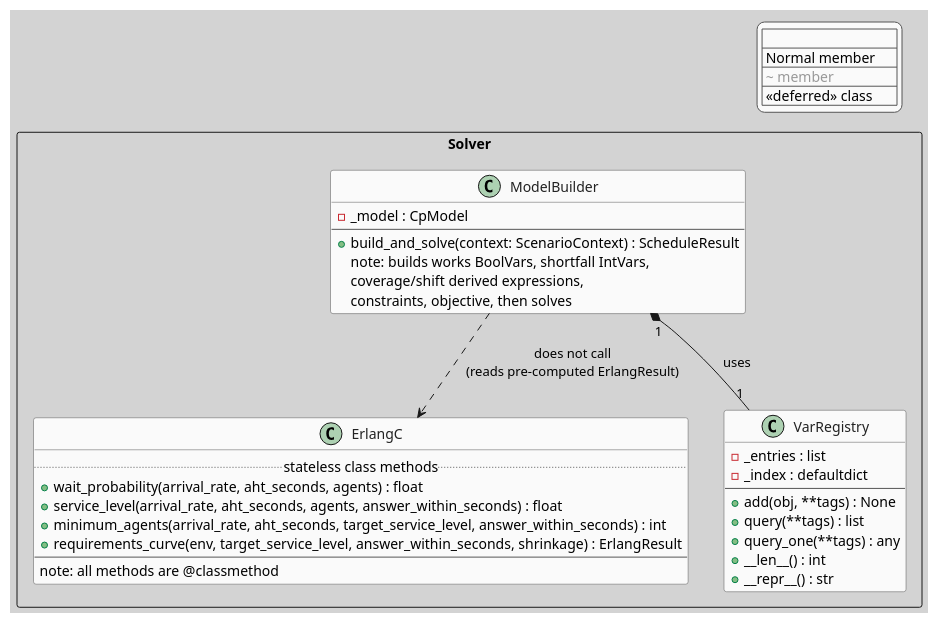
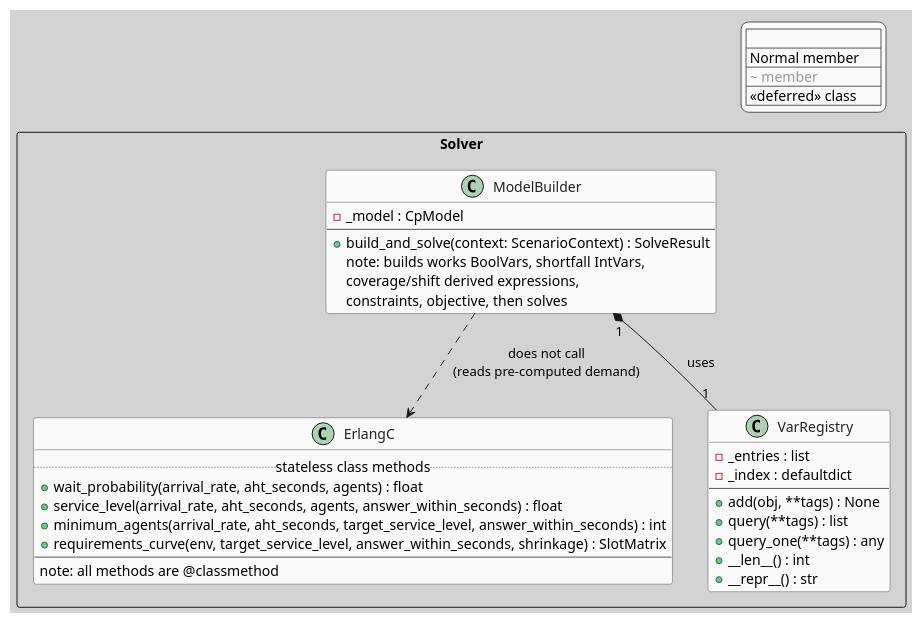
The diagram in docs/uml/solver_classes.puml (neon-tetra/schedule-architect), drawn with PlantUML before and after one commit. The commit also changed 3 other files, not shown here.

Commit message:
docs: align UML diagrams with new SolveResult domain model

```diff
--- a/docs/uml/solver_classes.puml
+++ b/docs/uml/solver_classes.puml
@@ -1,69 +1,69 @@
 @startuml solver_classes
 
 skinparam backgroundColor #D3D3D3
 skinparam defaultFontName Segoe UI
 
 skinparam class {
     BackgroundColor #FAFAFA
     BorderColor #555555
     FontColor #222222
     BackgroundColor<<deferred>> #E8E8E8
     BorderColor<<deferred>> #AAAAAA
     FontColor<<deferred>> #AAAAAA
     BorderStyle<<deferred>> dashed
 }
 
 skinparam legend {
     BackgroundColor #FAFAFA
     BorderColor #555555
 }
 
 legend top right
   <#FAFAFA,#555555>|                         |
   | Normal member      | Implemented          |
   | <color:#999999>~ member</color>  | Deferred / future    |
   | <<deferred>> class | Placeholder only     |
 endlegend
 
 ' ─────────────────────────────────────────
 ' PACKAGE: Solver
 ' ─────────────────────────────────────────
 package "Solver" <<Rectangle>> {
 
     class ErlangC {
         ..stateless class methods..
         + wait_probability(arrival_rate, aht_seconds, agents) : float
         + service_level(arrival_rate, aht_seconds, agents, answer_within_seconds) : float
         + minimum_agents(arrival_rate, aht_seconds, target_service_level, answer_within_seconds) : int
-        + requirements_curve(env, target_service_level, answer_within_seconds, shrinkage) : ErlangResult
+        + requirements_curve(env, target_service_level, answer_within_seconds, shrinkage) : SlotMatrix
         --
         note: all methods are @classmethod
     }
 
     class VarRegistry {
         - _entries : list
         - _index : defaultdict
         --
         + add(obj, **tags) : None
         + query(**tags) : list
         + query_one(**tags) : any
         + __len__() : int
         + __repr__() : str
     }
 
     class ModelBuilder {
         - _model : CpModel
         --
-        + build_and_solve(context: ScenarioContext) : ScheduleResult
+        + build_and_solve(context: ScenarioContext) : SolveResult
         note: builds works BoolVars, shortfall IntVars,\ncoverage/shift derived expressions,\nconstraints, objective, then solves
     }
 
 }
 
 ' ─────────────────────────────────────────
 ' RELATIONSHIPS
 ' ─────────────────────────────────────────
-ModelBuilder ..> ErlangC : does not call\n(reads pre-computed ErlangResult)
+ModelBuilder ..> ErlangC : does not call\n(reads pre-computed demand)
 ModelBuilder "1" *-- "1" VarRegistry : uses
 
 @enduml
```
